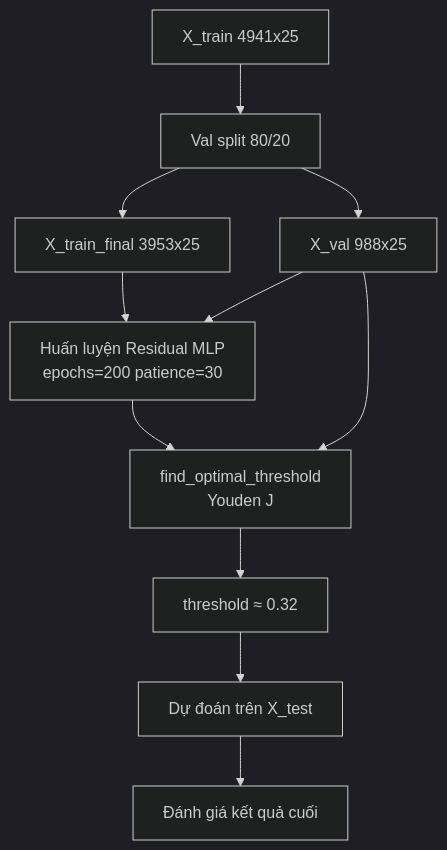
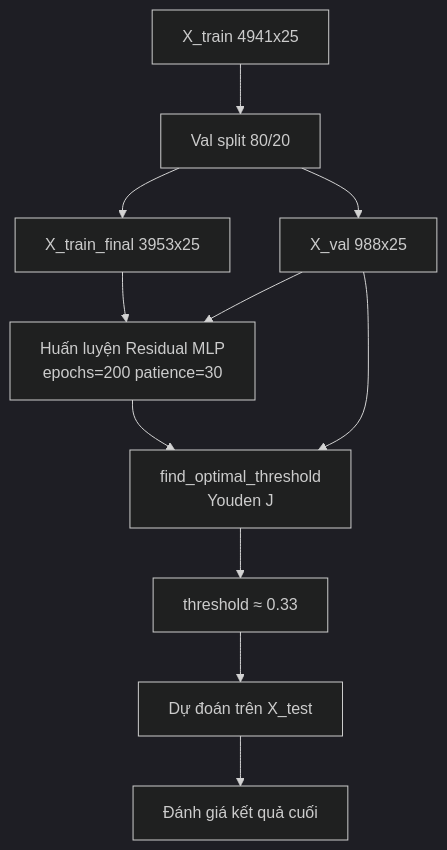
Before and after one commit to doanthetin193/Customer_Churn_Prediction_ML: the third of 5 diagrams in BAO_CAO_TIEU_LUAN.md, drawn with Mermaid (dark theme). The commit also changed other lines of this file, not shown here.

Commit message:
fix: sync DL metrics with saved results (88.22% Sensitivity, threshold=0.33)

````diff
--- a/BAO_CAO_TIEU_LUAN.md
+++ b/BAO_CAO_TIEU_LUAN.md
@@ -291,13 +291,13 @@
 ```mermaid
 flowchart TD
     A[X_train 4941x25] --> B[Val split 80/20]
     B --> C[X_train_final 3953x25]
     B --> D[X_val 988x25]
     C --> E[Huấn luyện Residual MLP\nepochs=200 patience=30]
     D --> E
     D --> F[find_optimal_threshold\nYouden J]
     E --> F
-    F --> G[threshold ≈ 0.32]
+    F --> G[threshold ≈ 0.33]
     G --> H[Dự đoán trên X_test]
     H --> I[Đánh giá kết quả cuối]
 ```
````
